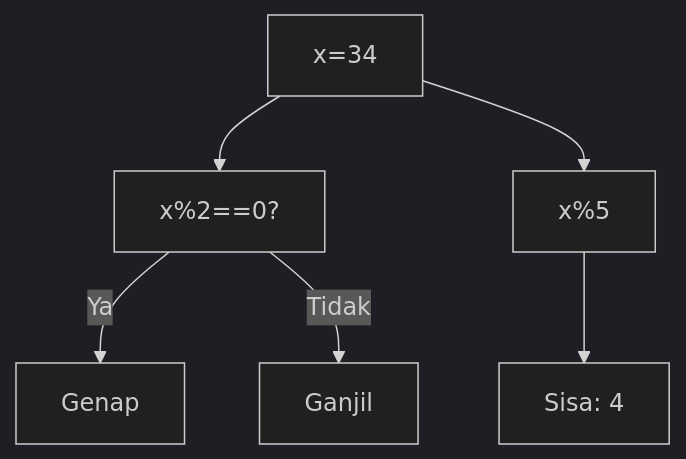
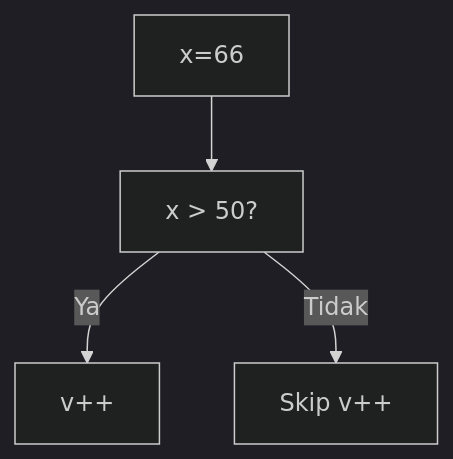
Diagram 19 of 25 in part-c-pemahaman-cpp/02-percabangan/latihan/set-03.md (amnahwaida/OSNK_INF_PREP), drawn with Mermaid (dark theme) before and after one commit. The commit also changed other lines of this file and 71 other files, not shown here.

````diff
--- a/part-c-pemahaman-cpp/02-percabangan/latihan/set-03.md
+++ b/part-c-pemahaman-cpp/02-percabangan/latihan/set-03.md
@@ -565,8 +529,6 @@
 ```mermaid
 graph TD
-A["x=34"] --> B["x%2==0?"]
-B -- Ya --> C["Genap"]
-B -- Tidak --> D["Ganjil"]
-A --> E["x%5"]
-E --> F["Sisa: 4"]
+A["x=66"] --> B["x > 50?"]
+B -- Ya --> C["v++"]
+B -- Tidak --> D["Skip v++"]
 ```
````
